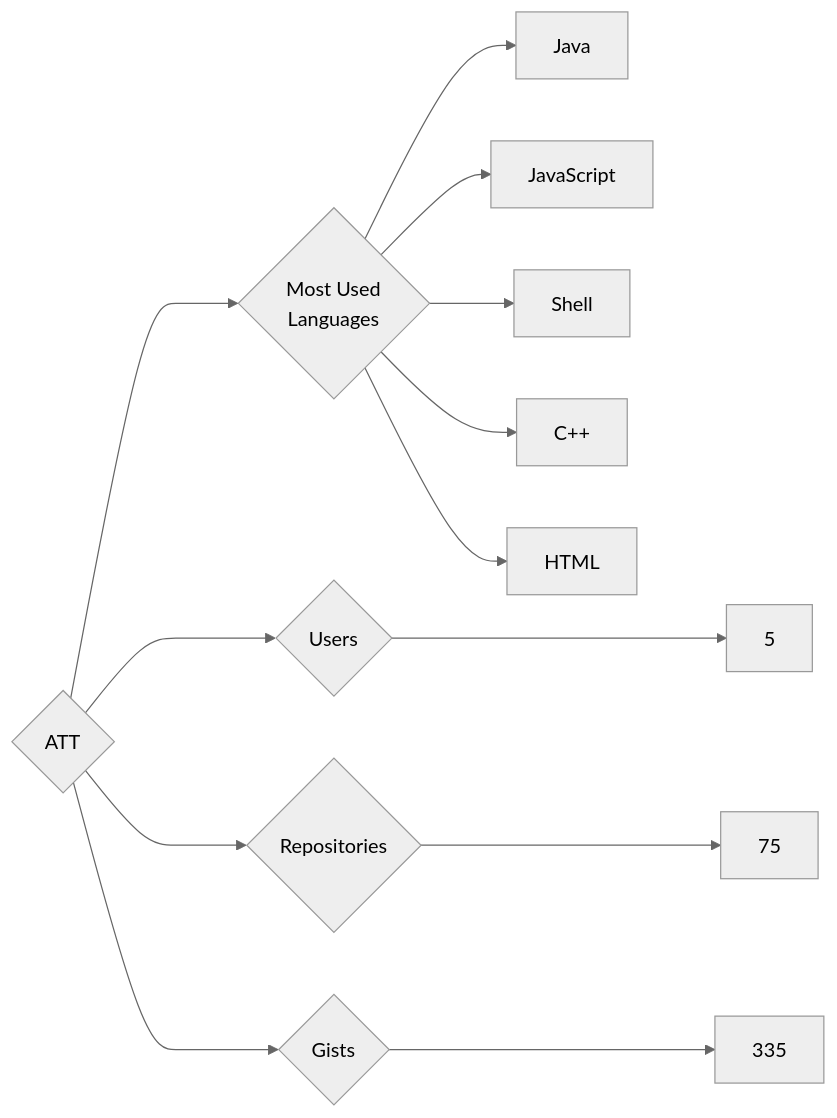
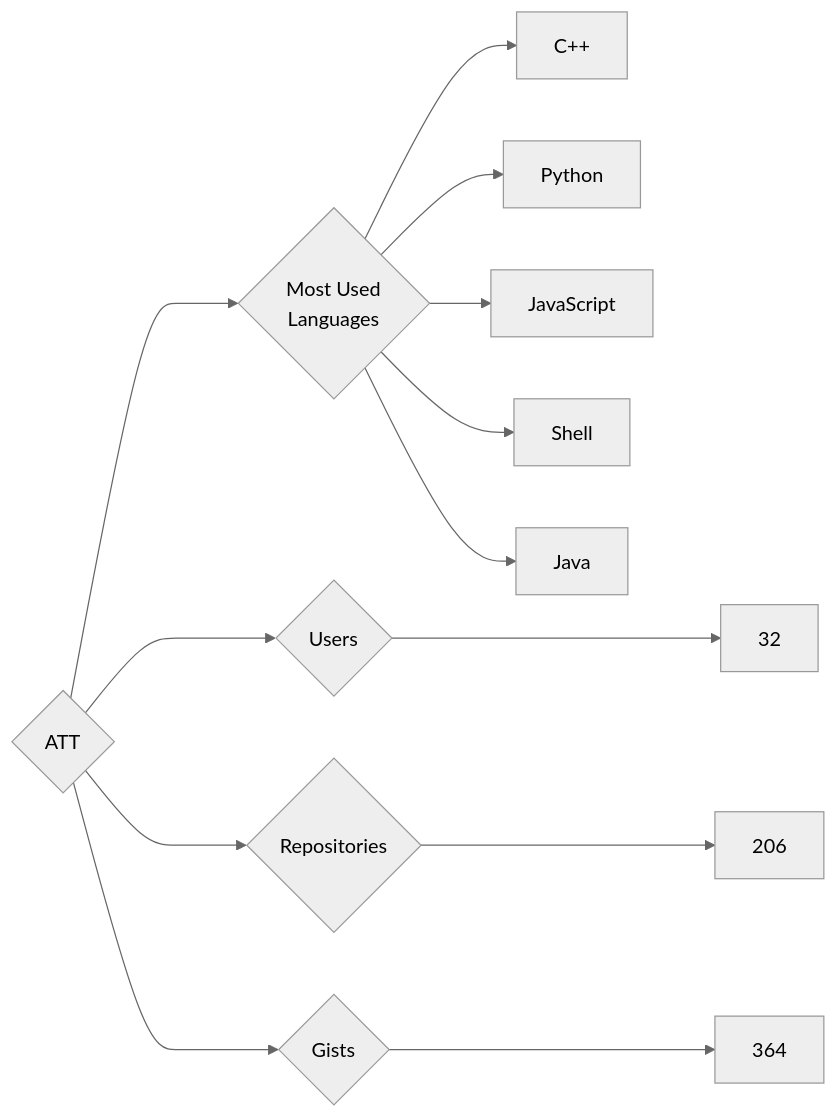
One commit to trickest/insiders changed the diagram in targets/ATT/README.md. Above: the diagram before and after it, drawn with Mermaid (neutral theme). The commit also changed 951 other files, not shown here.

````diff
--- a/targets/ATT/README.md
+++ b/targets/ATT/README.md
@@ -3,13 +3,13 @@
 ```mermaid
 graph LR
 COMPANY_NAME{ATT}
-COMPANY_NAME ---> U{Users} ---> UN[5]
-COMPANY_NAME ---> R{Repositories} ---> RN[75]
-COMPANY_NAME ---> G{Gists} ---> GN[335]
+COMPANY_NAME ---> U{Users} ---> UN[32]
+COMPANY_NAME ---> R{Repositories} ---> RN[206]
+COMPANY_NAME ---> G{Gists} ---> GN[364]
 COMPANY_NAME ---> ML{Most Used<br>Languages}
-ML --> Java[Java]
+ML --> C++[C++]
+ML --> Python[Python]
 ML --> JavaScript[JavaScript]
 ML --> Shell[Shell]
-ML --> C++[C++]
-ML --> HTML[HTML]
+ML --> Java[Java]
 ```
````
